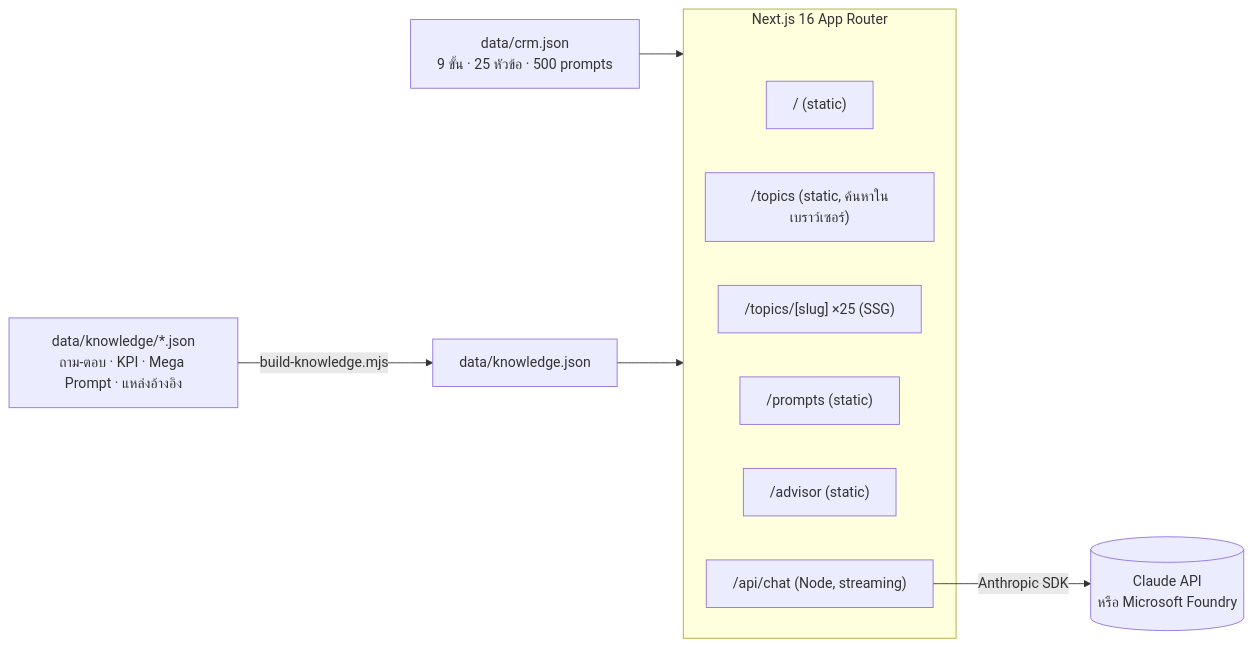
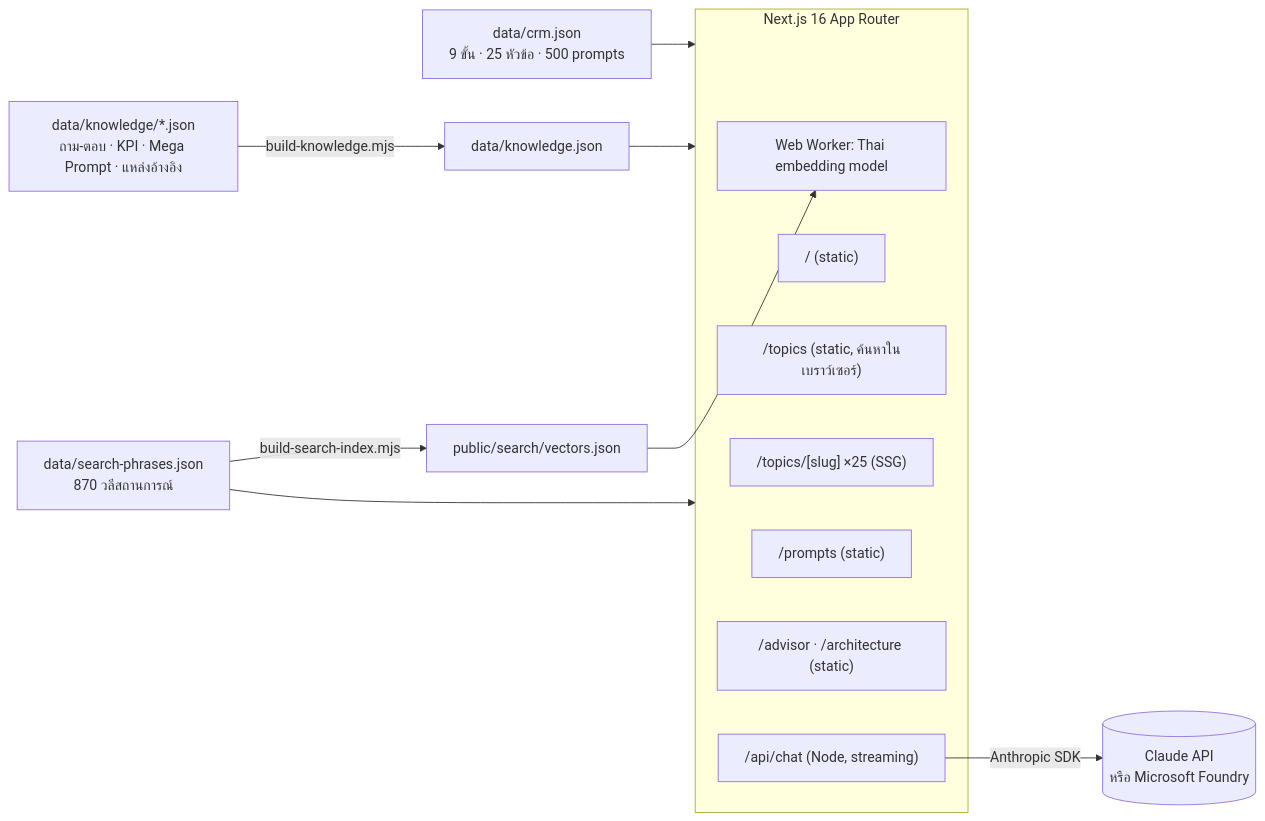
Before and after one commit to ppongsakorn/crm: the diagram in README.md, drawn with Mermaid. The commit also changed other lines of this file and 32 other files, not shown here.

First line of the commit message:
Match reference design, add in-browser AI search and WebMCP tools

````diff
--- a/README.md
+++ b/README.md
@@ -104,15 +107,19 @@
 ```mermaid
 flowchart LR
     CJ[data/crm.json<br/>9 ขั้น · 25 หัวข้อ · 500 prompts] --> APP
     KJ[data/knowledge/*.json<br/>ถาม-ตอบ · KPI · Mega Prompt · แหล่งอ้างอิง] -->|build-knowledge.mjs| KM[data/knowledge.json]
     KM --> APP
+    SP[data/search-phrases.json<br/>870 วลีสถานการณ์] --> APP
+    SP -->|build-search-index.mjs| VX[public/search/vectors.json]
+    VX --> SW
     subgraph APP[Next.js 16 App Router]
         P1["/ (static)"]
         P2["/topics (static, ค้นหาในเบราว์เซอร์)"]
         P3["/topics/[slug] ×25 (SSG)"]
         P4["/prompts (static)"]
-        P5["/advisor (static)"]
+        P5["/advisor · /architecture (static)"]
+        SW["Web Worker: Thai embedding model"]
         API["/api/chat (Node, streaming)"]
     end
     API -->|Anthropic SDK| CL[(Claude API<br/>หรือ Microsoft Foundry)]
 ```
````
